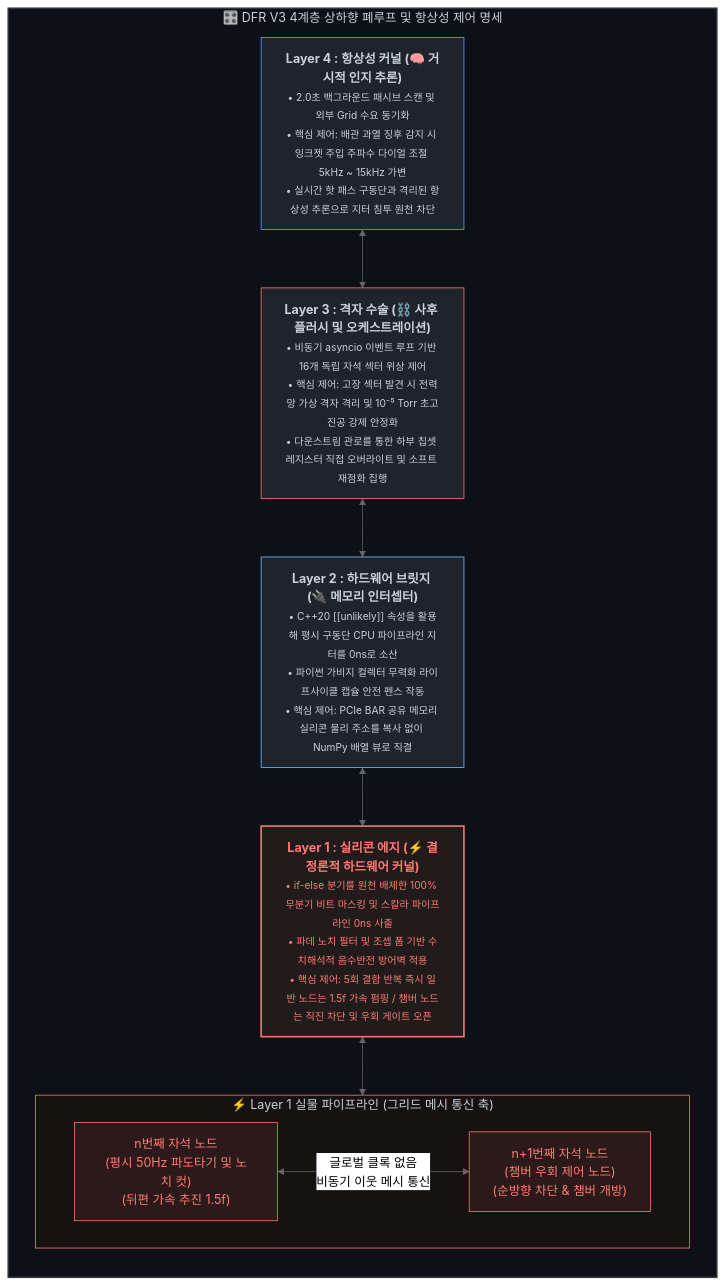
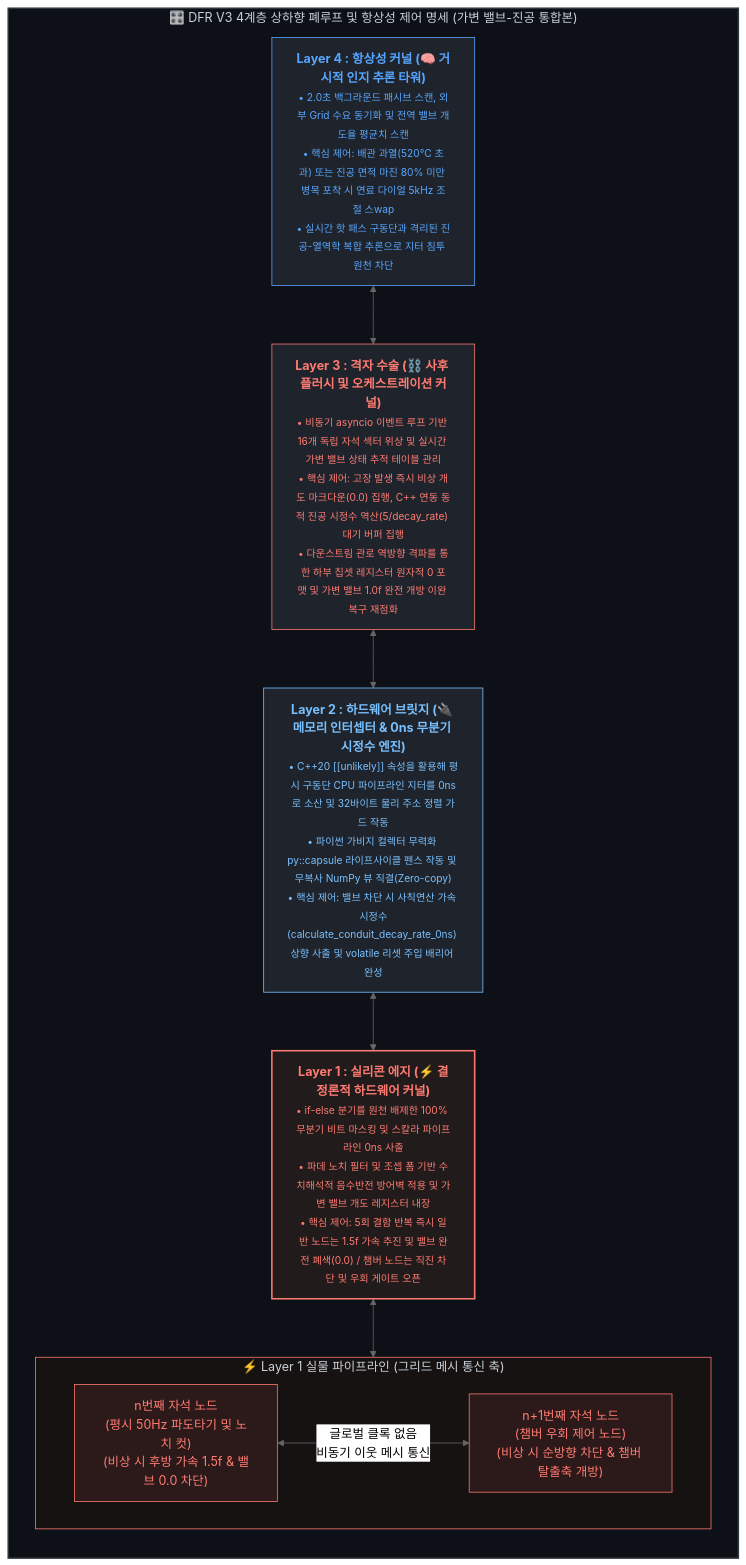
Before and after one commit to PJHkorea/discrete-filament-router-KR: the diagram in README.md, drawn with Mermaid (neutral theme). The commit also changed other lines of this file, not shown here.

````diff
--- a/README.md
+++ b/README.md
@@ -55,41 +48,42 @@
 ```mermaid
 graph TD
     %% 전체 제어 루프 구조 정의
-    subgraph SYSTEM_LAYERS ["🎛️ DFR V3 4계층 상하향 폐루프 및 항상성 제어 명세"]
+    subgraph SYSTEM_LAYERS ["🎛️ DFR V3 4계층 상하향 폐루프 및 항상성 제어 명세 (가변 밸브-진공 통합본)"]
         direction TB
 
         %% Layer 4 정의
-        L4["<b>Layer 4 : 항상성 커널 (🧠 거시적 인지 추론)</b><br><font size=2>• 2.0초 백그라운드 패시브 스캔 및 외부 Grid 수요 동기화<br>• 핵심 제어: 배관 과열 징후 감지 시 잉크젯 주입 주파수 다이얼 조절 5kHz ~ 15kHz 가변<br>• 실시간 핫 패스 구동단과 격리된 항상성 추론으로 지터 침투 원천 차단</font>"]
+        L4["<b>Layer 4 : 항상성 커널 (🧠 거시적 인지 추론 타워)</b><br><font size=2>• 2.0초 백그라운드 패시브 스캔, 외부 Grid 수요 동기화 및 전역 밸브 개도율 평균치 스캔<br>• 핵심 제어: 배관 과열(520°C 초과) 또는 진공 면적 마진 80% 미만 병목 포착 시 연료 다이얼 5kHz 조절 스wap<br>• 실시간 핫 패스 구동단과 격리된 진공-열역학 복합 추론으로 지터 침투 원천 차단</font>"]
 
         %% Layer 3 정의
-        L3["<b>Layer 3 : 격자 수술 (⛓️ 사후 플러시 및 오케스트레이션)</b><br><font size=2>• 비동기 asyncio 이벤트 루프 기반 16개 독립 자석 섹터 위상 제어<br>• 핵심 제어: 고장 섹터 발견 시 전력망 가상 격자 격리 및 10⁻⁵ Torr 초고진공 강제 안정화<br>• 다운스트림 관로를 통한 하부 칩셋 레지스터 직접 오버라이트 및 소프트 재점화 집행</font>"]
+        L3["<b>Layer 3 : 격자 수술 (⛓️ 사후 플러시 및 오케스트레이션 커널)</b><br><font size=2>• 비동기 asyncio 이벤트 루프 기반 16개 독립 자석 섹터 위상 및 실시간 가변 밸브 상태 추적 테이블 관리<br>• 핵심 제어: 고장 발생 즉시 비상 개도 마크다운(0.0) 집행, C++ 연동 동적 진공 시정수 역산(5/decay_rate) 대기 버퍼 집행<br>• 다운스트림 관로 역방향 격파를 통한 하부 칩셋 레지스터 원자적 0 포맷 및 가변 밸브 1.0f 완전 개방 이완 복구 재점화</font>"]
 
         %% Layer 2 정의
-        L2["<b>Layer 2 : 하드웨어 브릿지 (🔌 메모리 인터셉터)</b><br><font size=2>• C++20 [[unlikely]] 속성을 활용해 평시 구동단 CPU 파이프라인 지터를 0ns로 소산<br>• 파이썬 가비지 컬렉터 무력화 라이프사이클 캡슐 안전 펜스 작동<br>• 핵심 제어: PCIe BAR 공유 메모리 실리콘 물리 주소를 복사 없이 NumPy 배열 뷰로 직결</font>"]
+        L2["<b>Layer 2 : 하드웨어 브릿지 (🔌 메모리 인터셉터 & 0ns 무분기 시정수 엔진)</b><br><font size=2>• C++20 [[unlikely]] 속성을 활용해 평시 구동단 CPU 파이프라인 지터를 0ns로 소산 및 32바이트 물리 주소 정렬 가드 작동<br>• 파이썬 가비지 컬렉터 무력화 py::capsule 라이프사이클 펜스 작동 및 무복사 NumPy 뷰 직결(Zero-copy)<br>• 핵심 제어: 밸브 차단 시 사칙연산 가속 시정수(calculate_conduit_decay_rate_0ns) 상향 사출 및 volatile 리셋 주입 배리어 완성</font>"]
 
         %% Layer 1 메인 컨테이너 및 수평 노드 정의 (subgraph 우회로 정렬 유도)
-        L1["<b>Layer 1 : 실리콘 에지 (⚡ 결정론적 하드웨어 커널)</b><br><font size=2>• if-else 분기를 원천 배제한 100% 무분기 비트 마스킹 및 스칼라 파이프라인 0ns 사출<br>• 파데 노치 필터 및 조셉 폼 기반 수치해석적 음수반전 방어벽 적용<br>• 핵심 제어: 5회 결함 반복 즉시 일반 노드는 1.5f 가속 펌핑 / 챔버 노드는 직진 차단 및 우회 게이트 오픈</font>"]
+        L1["<b>Layer 1 : 실리콘 에지 (⚡ 결정론적 하드웨어 커널)</b><br><font size=2>• if-else 분기를 원천 배제한 100% 무분기 비트 마스킹 및 스칼라 파이프라인 0ns 사출<br>• 파데 노치 필터 및 조셉 폼 기반 수치해석적 음수반전 방어벽 적용 및 가변 밸브 개도 레지스터 내장<br>• 핵심 제어: 5회 결함 반복 즉시 일반 노드는 1.5f 가속 추진 및 밸브 완전 폐색(0.0) / 챔버 노드는 직진 차단 및 우회 게이트 오픈</font>"]
 
         subgraph L1_GRID ["⚡ Layer 1 실물 파이프라인 (그리드 메시 통신 축)"]
             direction LR
-            L1_N1["n번째 자석 노드<br>(평시 50Hz 파도타기 및 노치 컷)<br>(뒤편 가속 추진 1.5f)"] <-->|글로벌 클록 없음<br>비동기 이웃 메시 통신| L1_N2["n+1번째 자석 노드<br>(챔버 우회 제어 노드)<br>(순방향 차단 & 챔버 개방)"]
+            L1_N1["n번째 자석 노드<br>(평시 50Hz 파도타기 및 노치 컷)<br>(비상 시 후방 가속 1.5f & 밸브 0.0 차단)"] <-->|글로벌 클록 없음<br>비동기 이웃 메시 통신| L1_N2["n+1번째 자석 노드<br>(챔버 우회 제어 노드)<br>(비상 시 순방향 차단 & 챔버 탈출축 개방)"]
         end
 
         %% 상하향식 유기적 피드백 관로 연결
         L4 <--> L3
         L3 <--> L2
         L2 <--> L1
         L1 <--> L1_GRID
     end
 
     %% 🎨 깃허브 파서 안전 규격 스타일링
     style SYSTEM_LAYERS fill:#0d1117,stroke:#30363d,stroke-width:2px,color:#c9d1d9
     style L1_GRID fill:#161212,stroke:#ff7b72,stroke-width:1px,color:#c9d1d9
     
-    style L4 fill:#1f242c,stroke:#58a6ff,stroke-width:1px,color:#c9d1d9
-    style L3 fill:#1f242c,stroke:#ff7b72,stroke-width:1px,color:#c9d1d9
-    style L2 fill:#1f242c,stroke:#79c0ff,stroke-width:1px,color:#c9d1d9
+    style L4 fill:#1f242c,stroke:#58a6ff,stroke-width:1px,color:#58a6ff
+    style L3 fill:#1f242c,stroke:#ff7b72,stroke-width:1px,color:#ff7b72
+    style L2 fill:#1f242c,stroke:#79c0ff,stroke-width:1px,color:#79c0ff
     style L1 fill:#221b1b,stroke:#ff7b72,stroke-width:2px,color:#ff7b72
     style L1_N1 fill:#2c1919,stroke:#ff7b72,stroke-width:1px,color:#ff7b72
     style L1_N2 fill:#2c1919,stroke:#ff7b72,stroke-width:1px,color:#ff7b72
+
 ```
````
